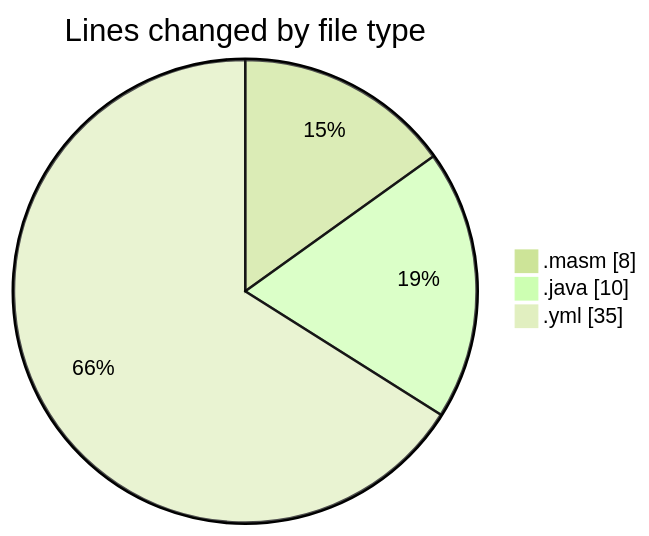
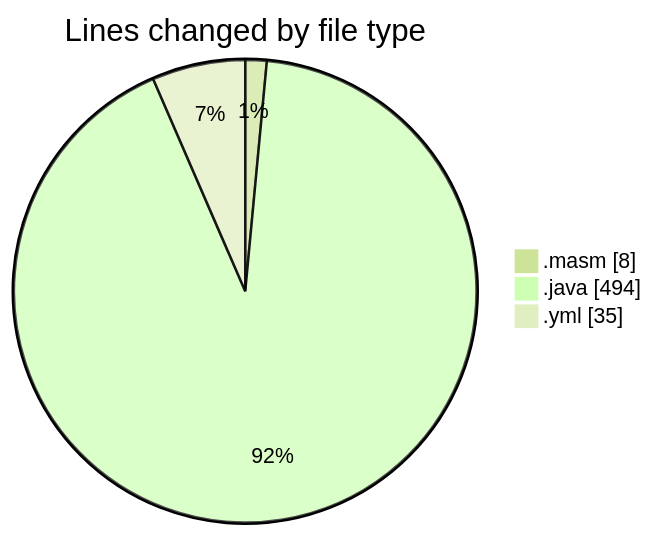
The first of 2 diagrams in 2025-02-22/masm/README.md (charlie-sans/code-tracking), drawn with Mermaid (forest theme) before and after one commit. The commit also changed other lines of this file and 1 other file, not shown here.

````diff
--- a/2025-02-22/masm/README.md
+++ b/2025-02-22/masm/README.md
@@ -22,7 +23,7 @@
 ```mermaid
 pie showData
 title Lines changed by file type
 ".masm" : 8
-".java" : 10
+".java" : 494
 ".yml" : 35
 ```
````
